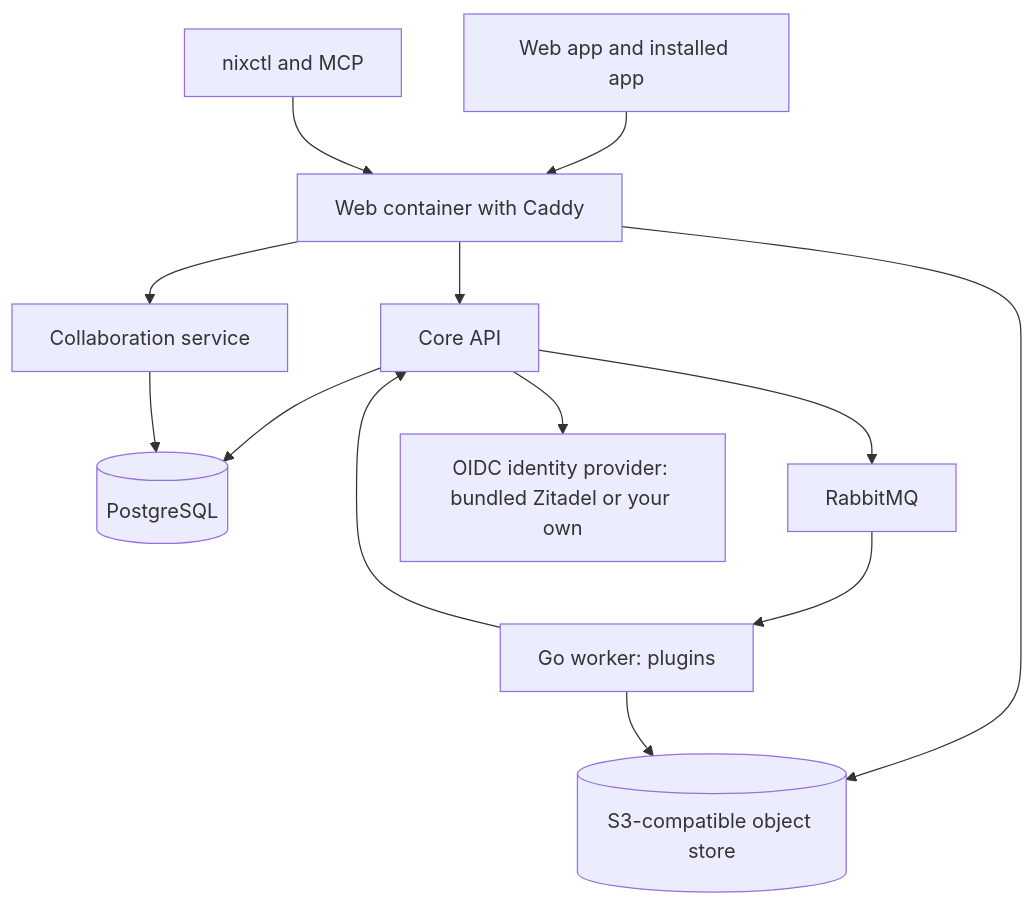
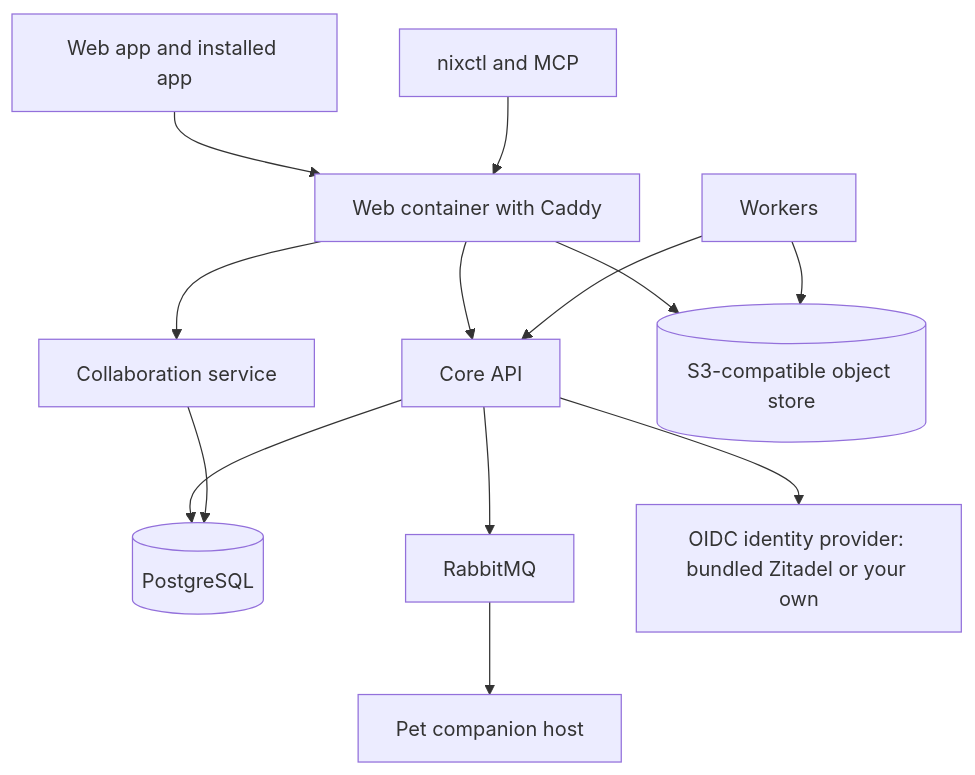
The diagram in docs/site/nix-docs/markdown/deployment/index.md (sianachi/nixsites), drawn with Mermaid before and after one commit. The commit also changed 99 other files, not shown here.

````diff
--- a/docs/site/nix-docs/markdown/deployment/index.md
+++ b/docs/site/nix-docs/markdown/deployment/index.md
@@ -14,16 +14,16 @@
 ```mermaid
 %% diagram
 flowchart TB
   Browser[Web app and installed app] --> Edge[Web container with Caddy]
   CLI[nixctl and MCP] --> Edge
   Edge --> Core[Core API]
   Edge --> Collab[Collaboration service]
   Edge --> Store[(S3-compatible object store)]
   Core --> PG[(PostgreSQL)]
   Collab --> PG
   Core --> MQ[RabbitMQ]
-  MQ --> Workers[Go worker: plugins]
+  MQ --> Companion[Pet companion host]
   Workers --> Core
   Workers --> Store
   Core --> IdP[OIDC identity provider: bundled Zitadel or your own]
 ```
````
